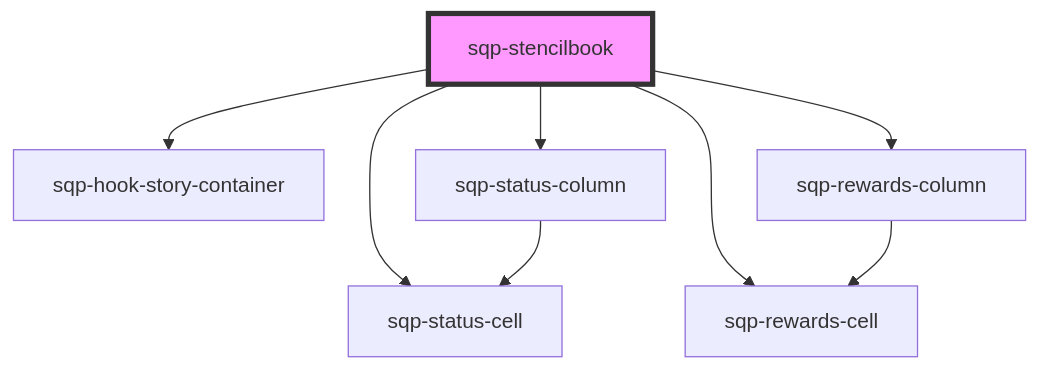
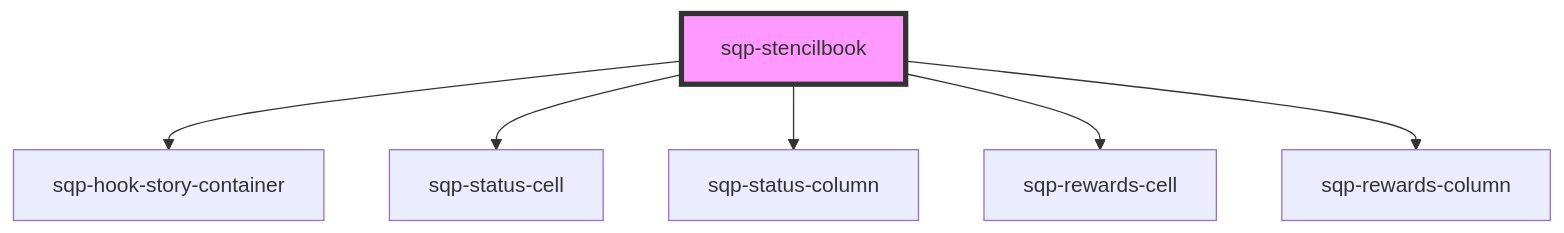
One commit to saasquatch/program-tools changed the diagram in packages/paypal-components/src/components/sqp-stencilbook/readme.md. Above: the diagram before and after it, drawn with Mermaid. The commit also changed 12 other files, not shown here.

````diff
--- a/packages/paypal-components/src/components/sqp-stencilbook/readme.md
+++ b/packages/paypal-components/src/components/sqp-stencilbook/readme.md
@@ -19,11 +19,9 @@
 ```mermaid
 graph TD;
   sqp-stencilbook --> sqp-hook-story-container
   sqp-stencilbook --> sqp-status-cell
   sqp-stencilbook --> sqp-status-column
   sqp-stencilbook --> sqp-rewards-cell
   sqp-stencilbook --> sqp-rewards-column
-  sqp-status-column --> sqp-status-cell
-  sqp-rewards-column --> sqp-rewards-cell
   style sqp-stencilbook fill:#f9f,stroke:#333,stroke-width:4px
 ```
````
